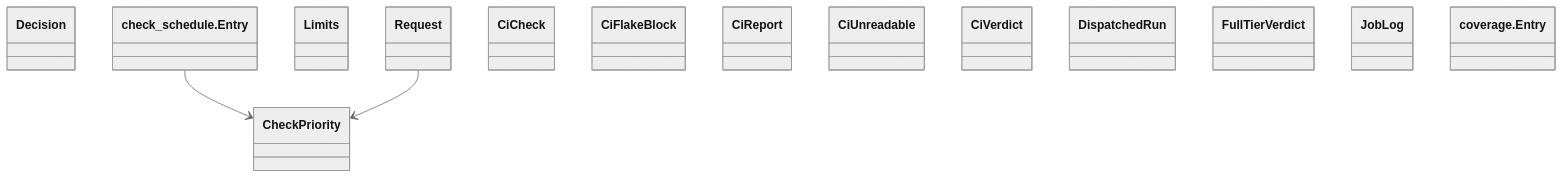
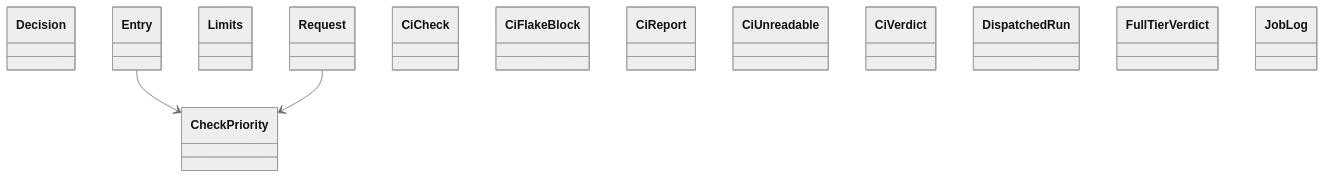
One commit to GonzaloZevallos/agentic-system changed the diagram in docs/architecture/generated/classes-process-domain-checks-1.md. Above: the diagram before and after it, drawn with Mermaid (neutral theme). The commit also changed 2 other files, not shown here.

Commit message:
Regenerate the checks domain class pages after joining master

````diff
--- a/docs/architecture/generated/classes-process-domain-checks-1.md
+++ b/docs/architecture/generated/classes-process-domain-checks-1.md
@@ -21,19 +21,18 @@
 ```mermaid
 classDiagram
     class check_schedule__CheckPriority["CheckPriority"]
     class check_schedule__Decision["Decision"]
-    class check_schedule__Entry["check_schedule.Entry"]
+    class check_schedule__Entry["Entry"]
     class check_schedule__Limits["Limits"]
     class check_schedule__Request["Request"]
     class ci__CiCheck["CiCheck"]
     class ci__CiFlakeBlock["CiFlakeBlock"]
     class ci__CiReport["CiReport"]
     class ci__CiUnreadable["CiUnreadable"]
     class ci__CiVerdict["CiVerdict"]
     class ci__DispatchedRun["DispatchedRun"]
     class ci__FullTierVerdict["FullTierVerdict"]
     class ci__JobLog["JobLog"]
-    class coverage__Entry["coverage.Entry"]
     check_schedule__Entry --> check_schedule__CheckPriority
     check_schedule__Request --> check_schedule__CheckPriority
 ```
````
